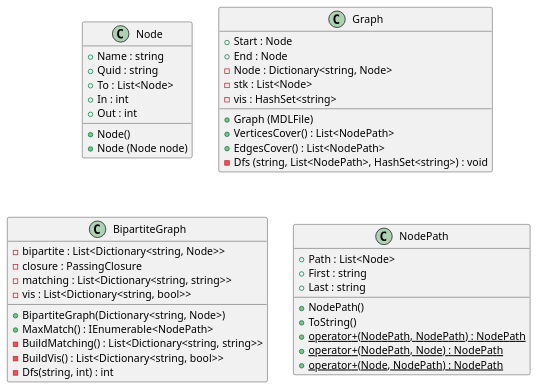
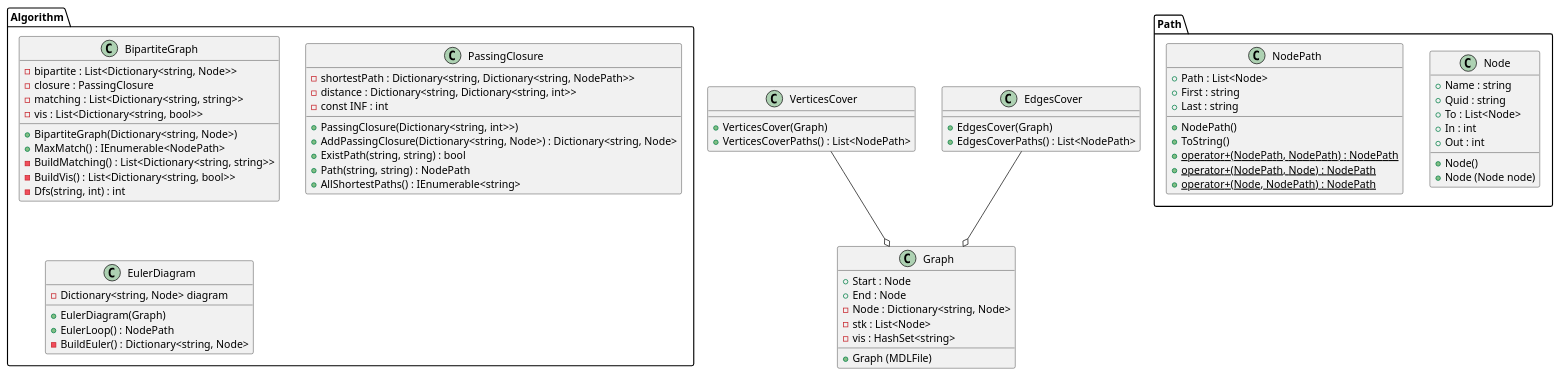
One commit to 0KABE/StateDiagramCoverr changed the diagram in class_diagram.wsd. Above: the diagram before and after it, drawn with PlantUML. The commit also changed 31 other files, not shown here.

```diff
--- a/class_diagram.wsd
+++ b/class_diagram.wsd
@@ -1,47 +1,79 @@
 @startuml Class Diagram
-class Node{
-    + Name : string
-    + Quid : string
-    + To : List<Node>
-    + In : int
-    + Out : int
+package Algorithm{
+    class BipartiteGraph{
+        - bipartite : List<Dictionary<string, Node>>
+        - closure : PassingClosure
+        - matching : List<Dictionary<string, string>>
+        - vis : List<Dictionary<string, bool>>
 
-    + Node()
-    + Node (Node node)
+        + BipartiteGraph(Dictionary<string, Node>)
+        + MaxMatch() : IEnumerable<NodePath>
+        - BuildMatching() : List<Dictionary<string, string>>
+        - BuildVis() : List<Dictionary<string, bool>>
+        - Dfs(string, int) : int
+    }
+    class PassingClosure{
+        - shortestPath : Dictionary<string, Dictionary<string, NodePath>>
+        - distance : Dictionary<string, Dictionary<string, int>>
+        - const INF : int
+
+        + PassingClosure(Dictionary<string, int>>)
+        + AddPassingClosure(Dictionary<string, Node>) : Dictionary<string, Node>
+        + ExistPath(string, string) : bool
+        + Path(string, string) : NodePath
+        + AllShortestPaths() : IEnumerable<string>
+    }
+    class EulerDiagram{
+        - Dictionary<string, Node> diagram
+
+        + EulerDiagram(Graph)
+        + EulerLoop() : NodePath
+        - BuildEuler() : Dictionary<string, Node>
+    }
+}
+package Path{
+    class Node{
+        + Name : string
+        + Quid : string
+        + To : List<Node>
+        + In : int
+        + Out : int
+
+        + Node()
+        + Node (Node node)
+    }
+    class NodePath{
+        + Path : List<Node>
+        + First : string
+        + Last : string
+
+        + NodePath()
+        + ToString()
+        + {static} operator+(NodePath, NodePath) : NodePath
+        + {static} operator+(NodePath, Node) : NodePath
+        + {static} operator+(Node, NodePath) : NodePath
+    }
 }
 class Graph{
     + Start : Node
     + End : Node
     - Node : Dictionary<string, Node>
     - stk : List<Node>
     - vis : HashSet<string>
 
     + Graph (MDLFile)
-    + VerticesCover() : List<NodePath>
-    + EdgesCover() : List<NodePath>
-    - Dfs (string, List<NodePath>, HashSet<string>) : void
+    ' + VerticesCover() : List<NodePath>
+    ' + EdgesCover() : List<NodePath>
+    ' - Dfs (string, List<NodePath>, HashSet<string>) : void
 }
-class BipartiteGraph{
-    - bipartite : List<Dictionary<string, Node>>
-    - closure : PassingClosure
-    - matching : List<Dictionary<string, string>>
-    - vis : List<Dictionary<string, bool>>
-
-    + BipartiteGraph(Dictionary<string, Node>)
-    + MaxMatch() : IEnumerable<NodePath>
-    - BuildMatching() : List<Dictionary<string, string>>
-    - BuildVis() : List<Dictionary<string, bool>>
-    - Dfs(string, int) : int
+class VerticesCover{
+    + VerticesCover(Graph)
+    + VerticesCoverPaths() : List<NodePath>
 }
-class NodePath{
-    + Path : List<Node>
-    + First : string
-    + Last : string
-
-    + NodePath()
-    + ToString()
-    + {static} operator+(NodePath, NodePath) : NodePath
-    + {static} operator+(NodePath, Node) : NodePath
-    + {static} operator+(Node, NodePath) : NodePath
+class EdgesCover{
+    + EdgesCover(Graph)
+    + EdgesCoverPaths() : List<NodePath>
 }
+EdgesCover --o Graph
+VerticesCover --o Graph
 @enduml
```
